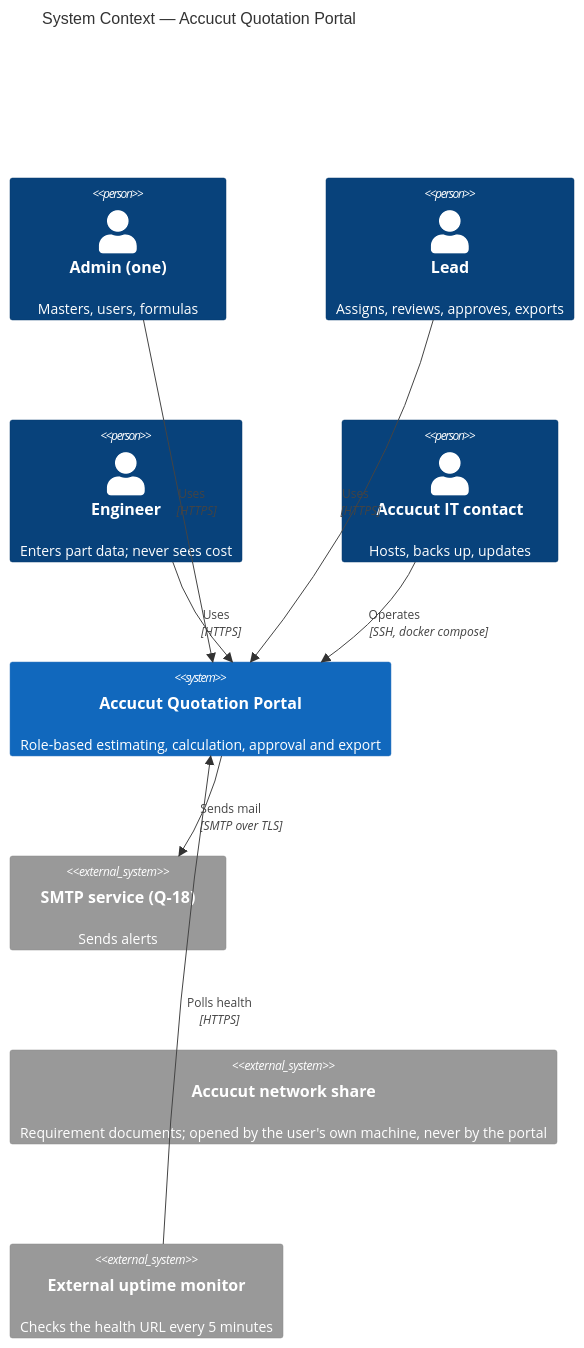
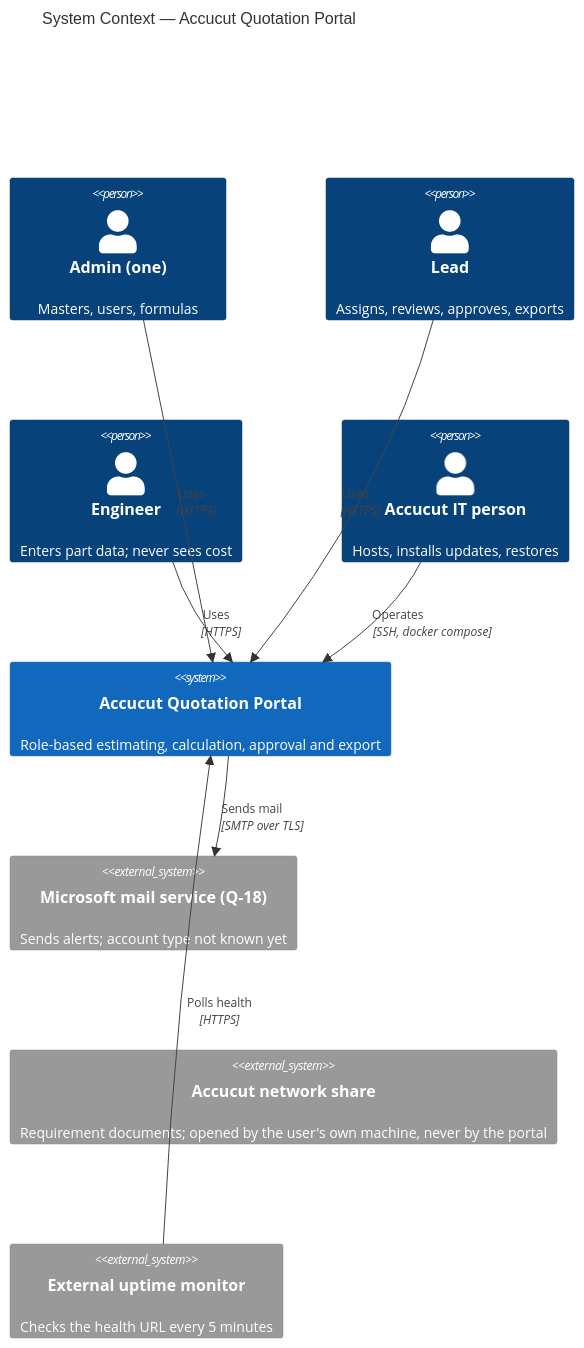
The first of 6 diagrams in docs/04-architecture/architecture.md (sankumar76/Accucut-Quotation), drawn with Mermaid before and after one commit. The commit also changed other lines of this file and 10 other files, not shown here.

Commit message:
docs(architecture): align with SPEC v1.4 and PRD v0.6, v0.3 [AQP-1]

````diff
--- a/docs/04-architecture/architecture.md
+++ b/docs/04-architecture/architecture.md
@@ -49,18 +63,18 @@
 ```mermaid
 C4Context
   title System Context — Accucut Quotation Portal
   Person(admin, "Admin (one)", "Masters, users, formulas")
   Person(lead, "Lead", "Assigns, reviews, approves, exports")
   Person(engineer, "Engineer", "Enters part data; never sees cost")
-  Person(it, "Accucut IT contact", "Hosts, backs up, updates")
+  Person(it, "Accucut IT person", "Hosts, installs updates, restores")
   System(portal, "Accucut Quotation Portal", "Role-based estimating, calculation, approval and export")
-  System_Ext(smtp, "SMTP service (Q-18)", "Sends alerts")
+  System_Ext(smtp, "Microsoft mail service (Q-18)", "Sends alerts; account type not known yet")
   System_Ext(share, "Accucut network share", "Requirement documents; opened by the user's own machine, never by the portal")
   System_Ext(uptime, "External uptime monitor", "Checks the health URL every 5 minutes")
   Rel(admin, portal, "Uses", "HTTPS")
   Rel(lead, portal, "Uses", "HTTPS")
   Rel(engineer, portal, "Uses", "HTTPS")
   Rel(it, portal, "Operates", "SSH, docker compose")
   Rel(portal, smtp, "Sends mail", "SMTP over TLS")
   Rel(uptime, portal, "Polls health", "HTTPS")
 ```
````
